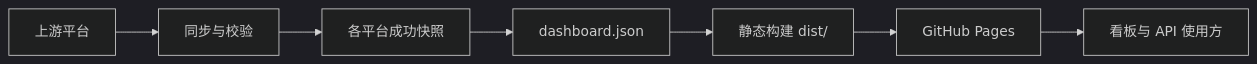
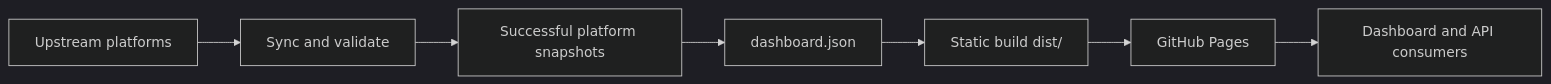
One commit to theLucius7/qwq changed the diagram in README.md. Above: the diagram before and after it, drawn with Mermaid (dark theme). The commit also changed other lines of this file and 3 other files, not shown here.

````diff
--- a/README.md
+++ b/README.md
@@ -163,9 +163,9 @@
 ```mermaid
 flowchart LR
-    A[上游平台] --> S[同步与校验]
-    S --> C[各平台成功快照]
+    A[Upstream platforms] --> S[Sync and validate]
+    S --> C[Successful platform snapshots]
     C --> J[dashboard.json]
-    J --> B[静态构建 dist/]
+    J --> B[Static build dist/]
     B --> P[GitHub Pages]
-    P --> U[看板与 API 使用方]
+    P --> U[Dashboard and API consumers]
 ```
````
